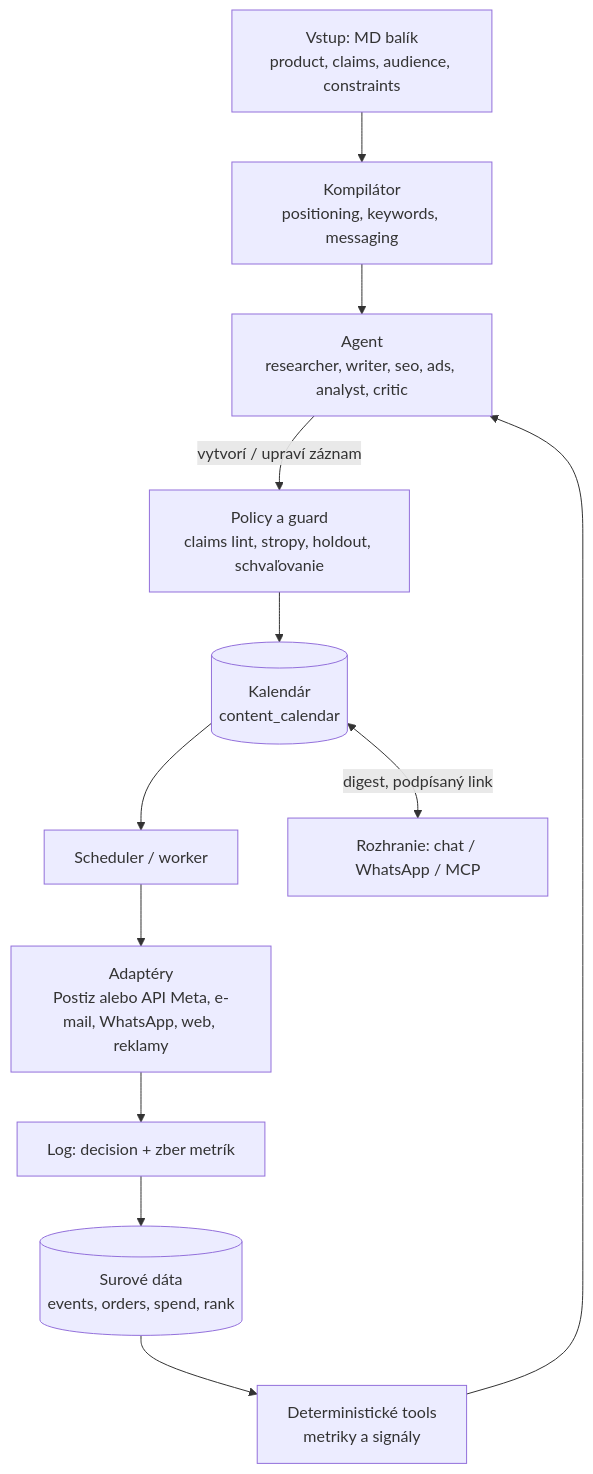
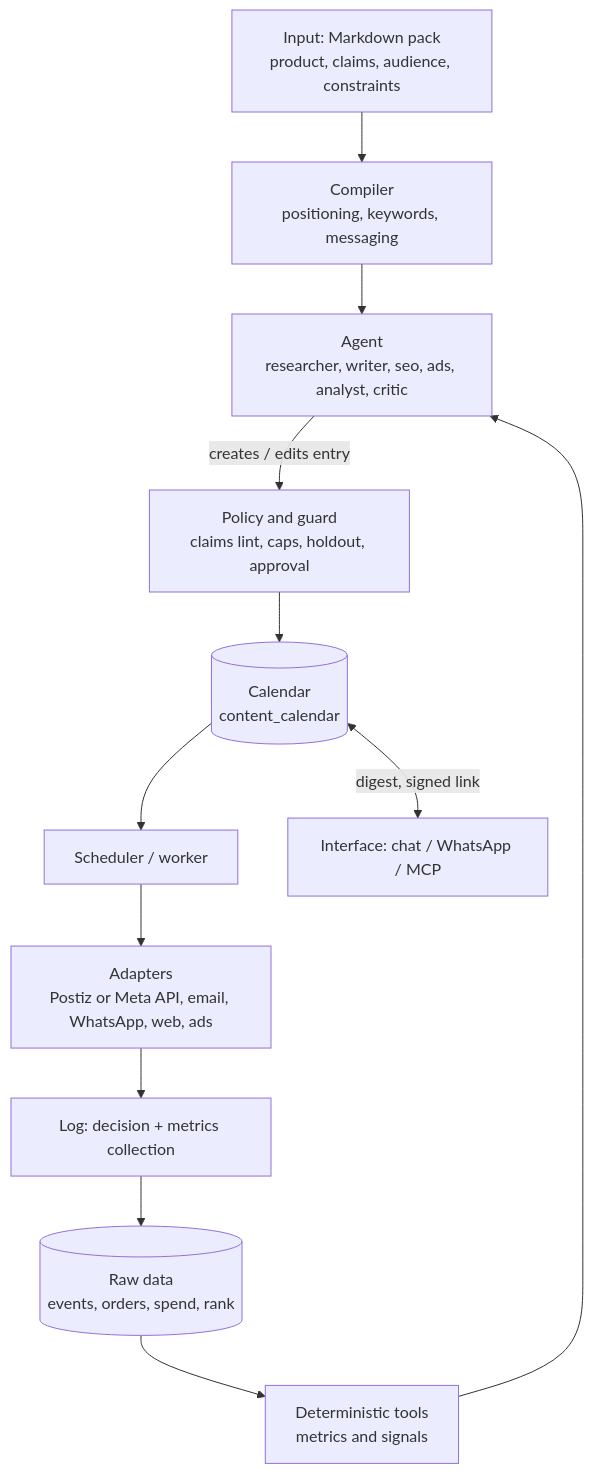
One commit to amirmamaghani/brandwise changed the diagram in docs/architecture.md. Above: the diagram before and after it, drawn with Mermaid. The commit also changed other lines of this file and 14 other files, not shown here.

````diff
--- a/docs/architecture.md
+++ b/docs/architecture.md
@@ -7,14 +7,14 @@
 ```mermaid
 flowchart TD
-    A[Vstup: MD balík<br/>product, claims, audience, constraints] --> B[Kompilátor<br/>positioning, keywords, messaging]
+    A[Input: Markdown pack<br/>product, claims, audience, constraints] --> B[Compiler<br/>positioning, keywords, messaging]
     B --> C[Agent<br/>researcher, writer, seo, ads, analyst, critic]
-    D[(Surové dáta<br/>events, orders, spend, rank)] --> E[Deterministické tools<br/>metriky a signály]
+    D[(Raw data<br/>events, orders, spend, rank)] --> E[Deterministic tools<br/>metrics and signals]
     E --> C
-    C -->|vytvorí / upraví záznam| F[Policy a guard<br/>claims lint, stropy, holdout, schvaľovanie]
-    F --> G[(Kalendár<br/>content_calendar)]
+    C -->|creates / edits entry| F[Policy and guard<br/>claims lint, caps, holdout, approval]
+    F --> G[(Calendar<br/>content_calendar)]
     G --> H[Scheduler / worker]
-    H --> I[Adaptéry<br/>Postiz alebo API Meta, e-mail, WhatsApp, web, reklamy]
-    I --> J[Log: decision + zber metrík]
+    H --> I[Adapters<br/>Postiz or Meta API, email, WhatsApp, web, ads]
+    I --> J[Log: decision + metrics collection]
     J --> D
-    G <-->|digest, podpísaný link| K[Rozhranie: chat / WhatsApp / MCP]
+    G <-->|digest, signed link| K[Interface: chat / WhatsApp / MCP]
 ```
````
